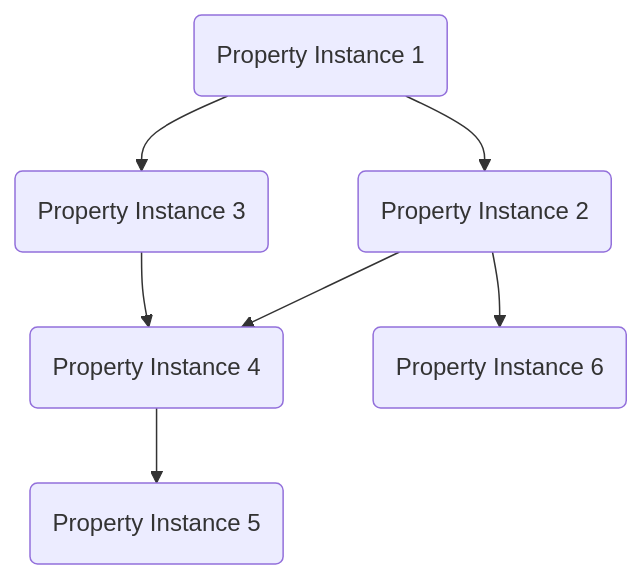
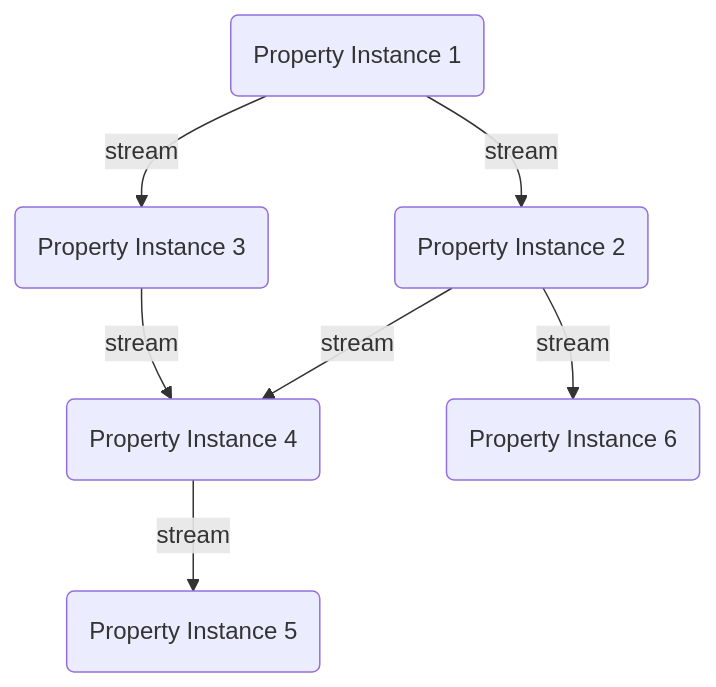
The second of 4 diagrams in docs/inexor-rgf/src/About.md (reactive-graph/reactive-graph), drawn with Mermaid before and after one commit.

Commit message:
Indicate that the edges are data streams

````diff
--- a/docs/inexor-rgf/src/About.md
+++ b/docs/inexor-rgf/src/About.md
@@ -69,9 +69,9 @@
 ```mermaid
 graph TD;
-    A(Property Instance 1)-->B(Property Instance 2);
-    A-->C(Property Instance 3);
-    B-->D(Property Instance 4);
-    C-->D;
-    D-->E(Property Instance 5);
-    B-->F(Property Instance 6);
+    A(Property Instance 1)-->|stream|B(Property Instance 2);
+    A-->|stream|C(Property Instance 3);
+    B-->|stream|D(Property Instance 4);
+    C-->|stream|D;
+    D-->|stream|E(Property Instance 5);
+    B-->|stream|F(Property Instance 6);
 ```
````
